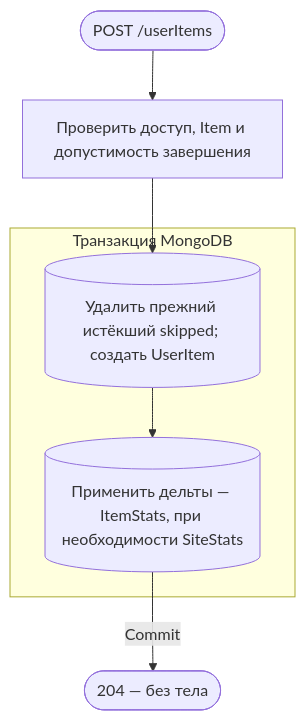
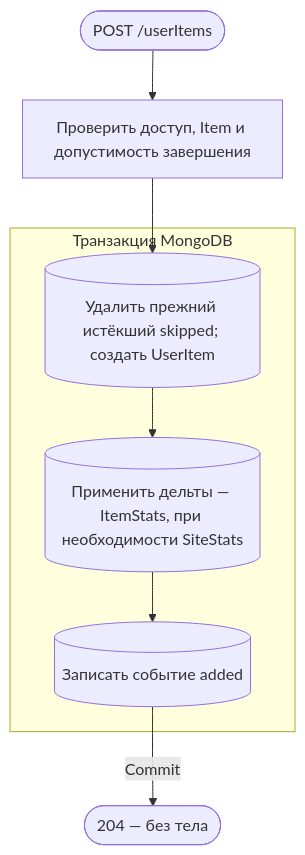
The third of 9 diagrams in apps/api/public/docs/api/requestFlows/userItems.md (AmyGrooove/f95-tinder), drawn with Mermaid before and after one commit. The commit also changed other lines of this file and 135 other files, not shown here.

````diff
--- a/apps/api/public/docs/api/requestFlows/userItems.md
+++ b/apps/api/public/docs/api/requestFlows/userItems.md
@@ -41,12 +66,13 @@
 ```mermaid
 flowchart TD
     accTitle: Добавление произведения в библиотеку
     accDescr: Проверить доступ и Item, создать UserItem со статистикой в транзакции и вернуть запись
     A(["POST /userItems"]):::http --> B["Проверить доступ, Item и допустимость завершения"]:::action
     subgraph TX["Транзакция MongoDB"]
         C[("Удалить прежний истёкший skipped; создать UserItem")]:::data
         C --> D[("Применить дельты — ItemStats, при необходимости SiteStats")]:::data
+        D --> H[("Записать событие added")]:::data
     end
     B --> C
-    D -->|Commit| R(["204 — без тела"]):::http
+    H -->|Commit| R(["204 — без тела"]):::http
 ```
````
